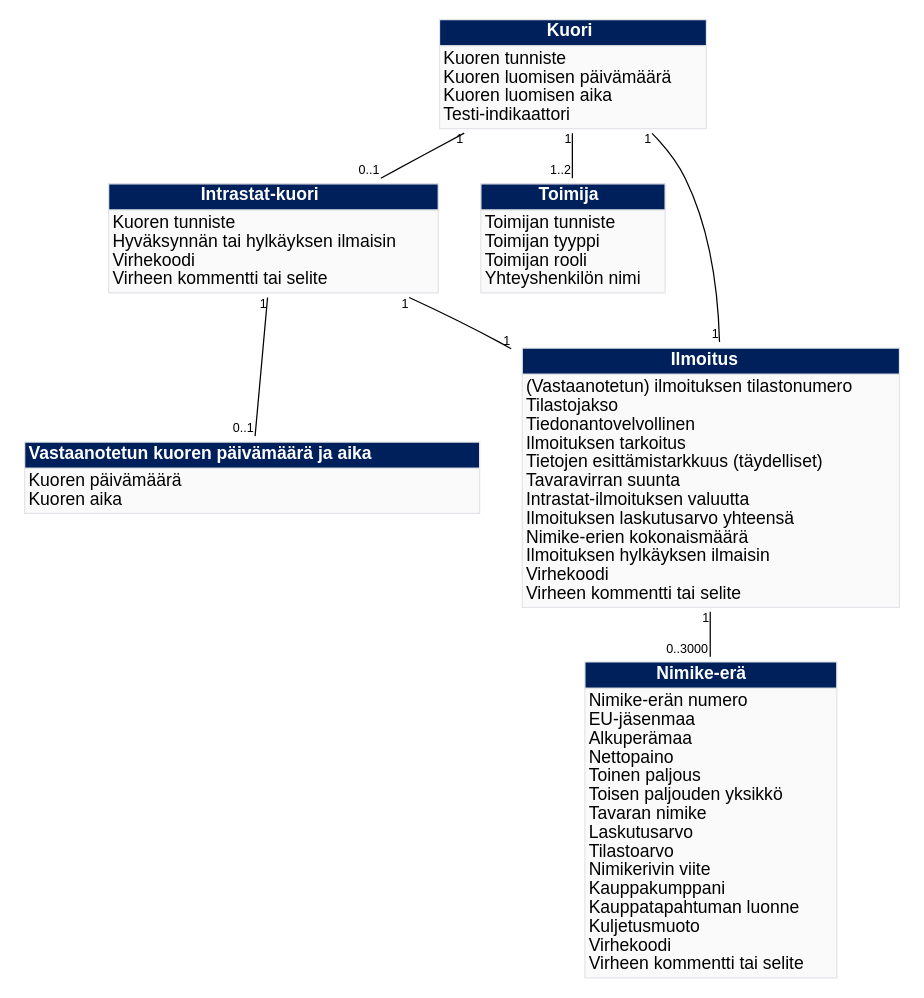
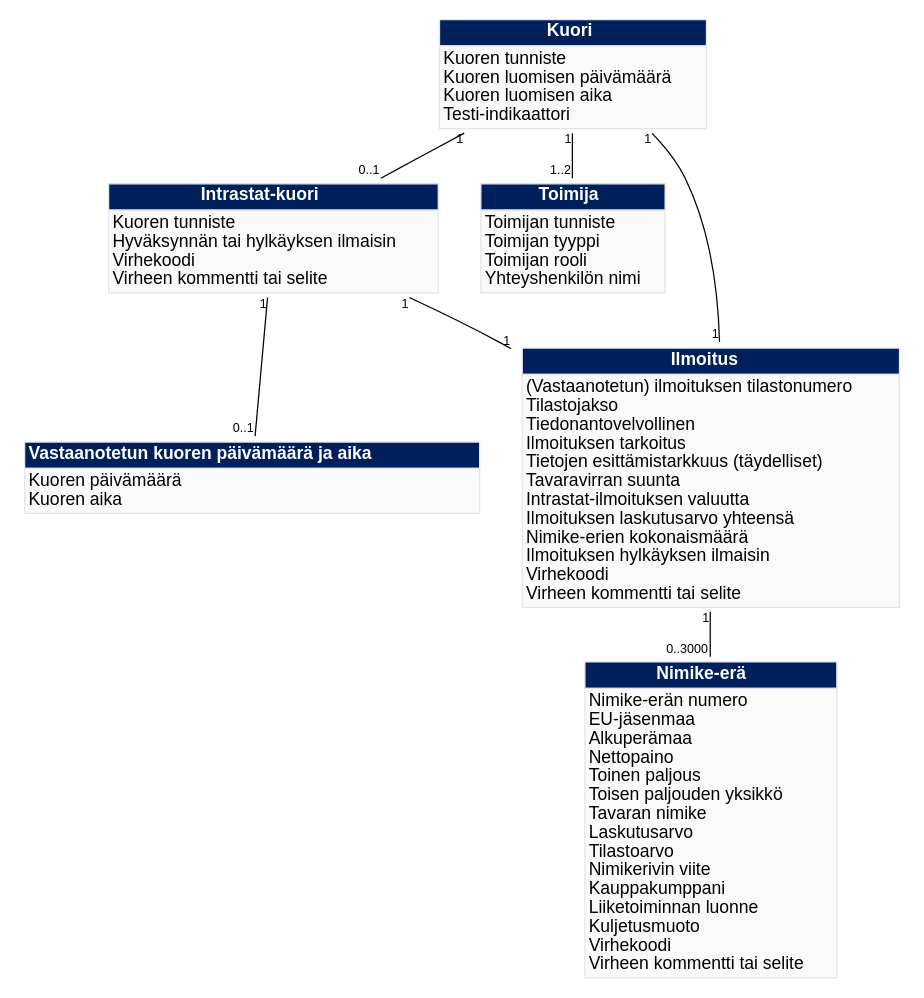
One commit to FinnishCustoms-SuomenTulli/MIGs changed the diagram in Intrastat/common/fi.gv. Above: the diagram before and after it, drawn with Graphviz. The commit also changed 3 other files, not shown here.

```diff
--- a/Intrastat/common/fi.gv
+++ b/Intrastat/common/fi.gv
@@ -1,23 +1,23 @@
 graph Import2 {
    node [shape=plaintext, fontname = "helvetica"];
 	edge [fontname = "helvetica"];
 	"Envelope" [label=<<table border="0" cellspacing="0" cellborder="1" color="#E3E5E9"><tr><td bgcolor="#00205B"><font color="white"><b>Kuori</b></font></td></tr>
 	<tr><td bgcolor="#fafafa" align="left">Kuoren tunniste<br align="left"/>Kuoren luomisen päivämäärä <br align="left"/>Kuoren luomisen aika<br align="left"/>Testi-indikaattori<br align="left"/></td></tr></table>>];
 	"IntrastatEnvelope" [label=<<table border="0" cellspacing="0" cellborder="1" color="#E3E5E9"><tr><td bgcolor="#00205B"><font color="white"><b>Intrastat-kuori</b></font></td></tr>
 	<tr><td bgcolor="#fafafa" align="left">Kuoren tunniste<br align="left"/>Hyväksynnän tai hylkäyksen ilmaisin<br align="left"/>Virhekoodi<br align="left"/>Virheen kommentti tai selite	<br align="left"/></td></tr></table>>];
 	"EnvelopeDateTime" [label=<<table border="0" cellspacing="0" cellborder="1" color="#E3E5E9"><tr><td bgcolor="#00205B"><font color="white"><b>Vastaanotetun kuoren päivämäärä ja aika      </b></font></td></tr>
 	<tr><td bgcolor="#fafafa" align="left">Kuoren päivämäärä<br align="left"/>Kuoren aika<br align="left"/></td></tr></table>>];
 	"Party" [label=<<table border="0" cellspacing="0" cellborder="1" color="#E3E5E9"><tr><td bgcolor="#00205B"><font color="white"><b>Toimija</b></font></td></tr>
 	<tr><td bgcolor="#fafafa" align="left">Toimijan tunniste<br align="left"/>Toimijan tyyppi<br align="left"/>Toimijan rooli<br align="left"/>Yhteyshenkilön nimi<br align="left"/></td></tr></table>>];
 	"Declaration" [label=<<table border="0" cellspacing="0" cellborder="1" color="#E3E5E9"><tr><td bgcolor="#00205B"><font color="white"><b>Ilmoitus</b></font></td></tr>
 	<tr><td bgcolor="#fafafa" align="left">(Vastaanotetun) ilmoituksen tilastonumero<br align="left"/>Tilastojakso<br align="left"/>Tiedonantovelvollinen<br align="left"/>Ilmoituksen tarkoitus<br align="left"/>Tietojen esittämistarkkuus (täydelliset)<br align="left"/>Tavaravirran suunta<br align="left"/>Intrastat-ilmoituksen valuutta<br align="left"/>Ilmoituksen laskutusarvo yhteensä<br align="left"/>Nimike-erien kokonaismäärä<br align="left"/>Ilmoituksen hylkäyksen ilmaisin<br align="left"/>Virhekoodi<br align="left"/>Virheen kommentti tai selite<br align="left"/></td></tr></table>>];
 	"Item" [label=<<table border="0" cellspacing="0" cellborder="1" color="#E3E5E9"><tr><td bgcolor="#00205B"><font color="white"><b>Nimike-erä</b></font></td></tr>
-	<tr><td bgcolor="#fafafa" align="left">Nimike-erän numero<br align="left"/>EU-jäsenmaa<br align="left"/>Alkuperämaa<br align="left"/>Nettopaino<br align="left"/>Toinen paljous<br align="left"/>Toisen paljouden yksikkö<br align="left"/>Tavaran nimike<br align="left"/>Laskutusarvo<br align="left"/>Tilastoarvo<br align="left"/>Nimikerivin viite<br align="left"/>Kauppakumppani<br align="left"/>Kauppatapahtuman luonne<br align="left"/>Kuljetusmuoto<br align="left"/>Virhekoodi<br align="left"/>Virheen kommentti tai selite<br align="left"/></td></tr></table>>];
+	<tr><td bgcolor="#fafafa" align="left">Nimike-erän numero<br align="left"/>EU-jäsenmaa<br align="left"/>Alkuperämaa<br align="left"/>Nettopaino<br align="left"/>Toinen paljous<br align="left"/>Toisen paljouden yksikkö<br align="left"/>Tavaran nimike<br align="left"/>Laskutusarvo<br align="left"/>Tilastoarvo<br align="left"/>Nimikerivin viite<br align="left"/>Kauppakumppani<br align="left"/>Liiketoiminnan luonne<br align="left"/>Kuljetusmuoto<br align="left"/>Virhekoodi<br align="left"/>Virheen kommentti tai selite<br align="left"/></td></tr></table>>];
 
 	"Envelope" -- "Party" [headlabel="1..2", taillabel="1" fontsize=10]
 	"Envelope" -- "IntrastatEnvelope" [headlabel="0..1", taillabel="1" fontsize=10]
 	"Envelope" -- "Declaration" [headlabel="1", taillabel="1" fontsize=10]
 	"IntrastatEnvelope" -- "Declaration" [headlabel="1", taillabel="1" fontsize=10]
 	"IntrastatEnvelope" -- "EnvelopeDateTime" [headlabel="0..1", taillabel="1" fontsize=10]
 	"Declaration" -- "Item" [headlabel="0..3000", taillabel="1" fontsize=10]
 }
```
